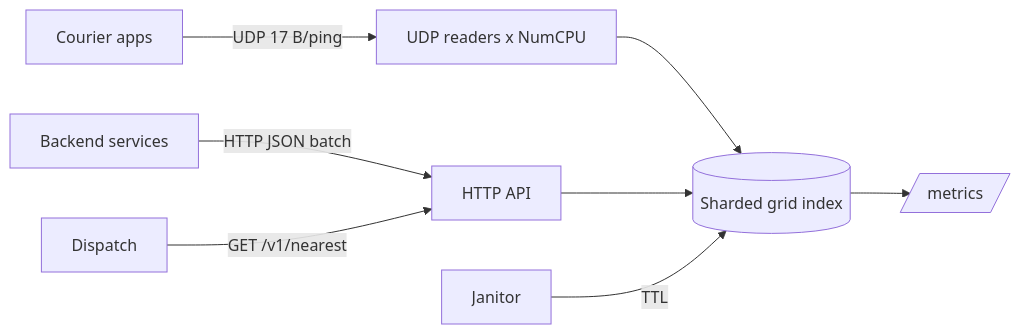
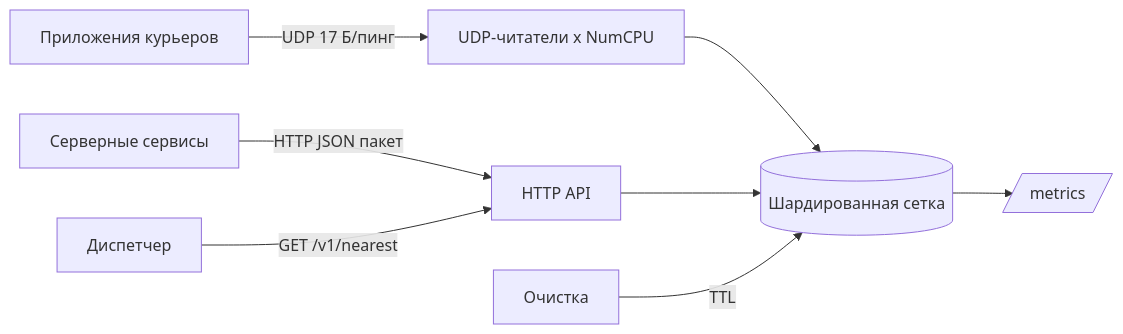
Before and after one commit to YoungOver/geo-dispatch: the diagram in README.md, drawn with Mermaid. The commit also changed other lines of this file, not shown here.

````diff
--- a/README.md
+++ b/README.md
@@ -36,10 +47,10 @@
 ```mermaid
 flowchart LR
-    A[Courier apps] -- UDP 17 B/ping --> R[UDP readers x NumCPU]
-    A2[Backend services] -- HTTP JSON batch --> H[HTTP API]
-    R --> I[(Sharded grid index)]
+    A[Приложения курьеров] -- UDP 17 Б/пинг --> R[UDP-читатели x NumCPU]
+    A2[Серверные сервисы] -- HTTP JSON пакет --> H[HTTP API]
+    R --> I[(Шардированная сетка)]
     H --> I
-    D[Dispatch] -- GET /v1/nearest --> H
-    J[Janitor] -- TTL --> I
+    D[Диспетчер] -- GET /v1/nearest --> H
+    J[Очистка] -- TTL --> I
     I --> M[/metrics/]
 ```
````
